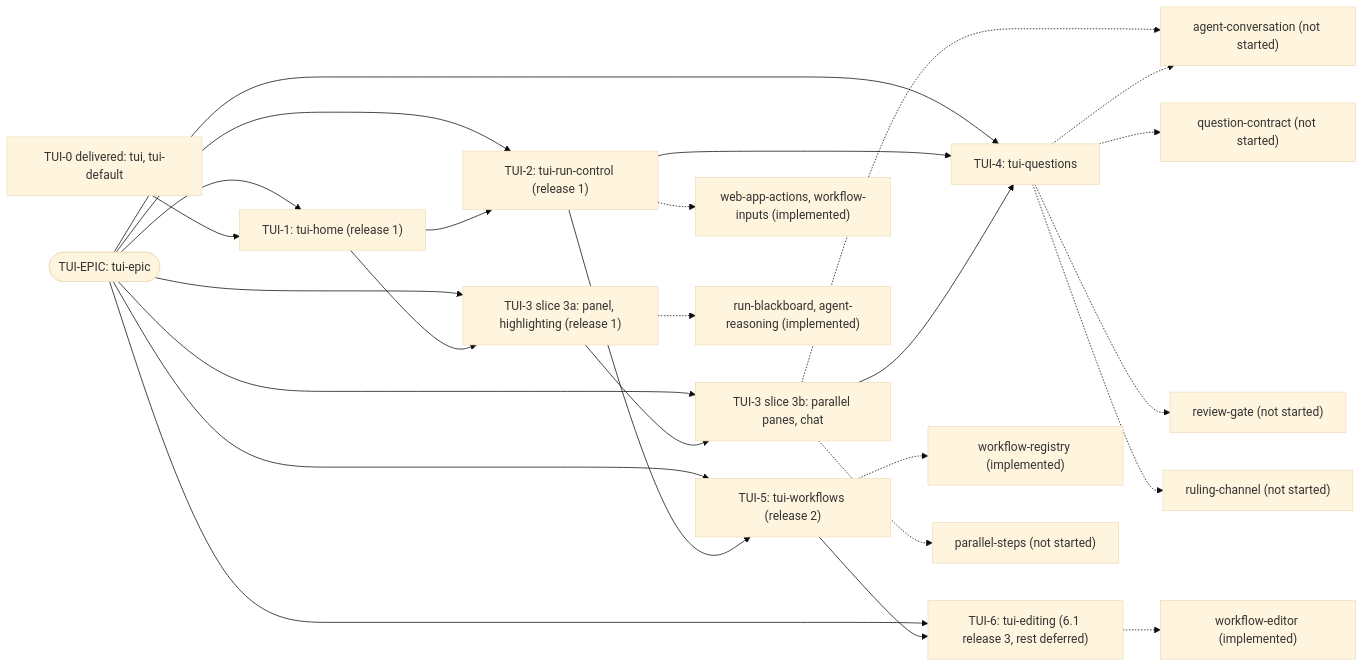
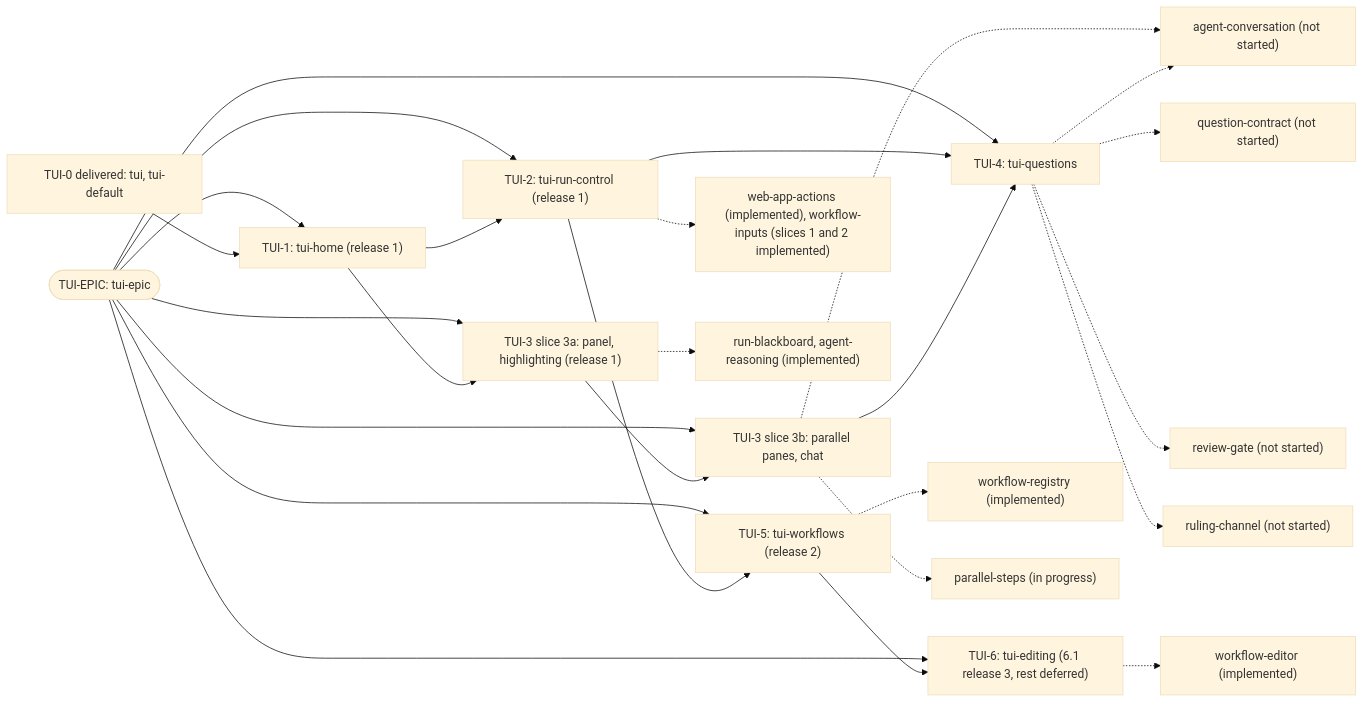
Before and after one commit to yaotzin1/indaba: the third of 5 diagrams in specs/DEPENDENCY_MAP.md, drawn with Mermaid (base theme). The commit also changed other lines of this file, not shown here.

````diff
--- a/specs/DEPENDENCY_MAP.md
+++ b/specs/DEPENDENCY_MAP.md
@@ -147,29 +156,29 @@
 ```mermaid
 graph LR
     Epic(["TUI-EPIC: tui-epic"])
     T0["TUI-0 delivered: tui, tui-default"]
     T1["TUI-1: tui-home (release 1)"]
     T2["TUI-2: tui-run-control (release 1)"]
     T3A["TUI-3 slice 3a: panel, highlighting (release 1)"]
     T3B["TUI-3 slice 3b: parallel panes, chat"]
     T4["TUI-4: tui-questions"]
     T5["TUI-5: tui-workflows (release 2)"]
     T6["TUI-6: tui-editing (6.1 release 3, rest deferred)"]
     Epic --> T1 & T2 & T3A & T3B & T4 & T5 & T6
     T0 --> T1
     T1 --> T2 & T3A
     T3A --> T3B
     T2 --> T4 & T5
     T3B --> T4
     T5 --> T6
-    T2 -.-> WAA["web-app-actions, workflow-inputs (implemented)"]
+    T2 -.-> WAA["web-app-actions (implemented), workflow-inputs (slices 1 and 2 implemented)"]
     T3A -.-> RB["run-blackboard, agent-reasoning (implemented)"]
     T5 -.-> WR["workflow-registry (implemented)"]
     T6 -.-> WE["workflow-editor (implemented)"]
-    T3B -.-> PS["parallel-steps (not started)"]
+    T3B -.-> PS["parallel-steps (in progress)"]
     T3B -.-> AC["agent-conversation (not started)"]
     T4 -.-> AC
     T4 -.-> QC["question-contract (not started)"]
     T4 -.-> RG["review-gate (not started)"]
     T4 -.-> RC["ruling-channel (not started)"]
 ```
````
